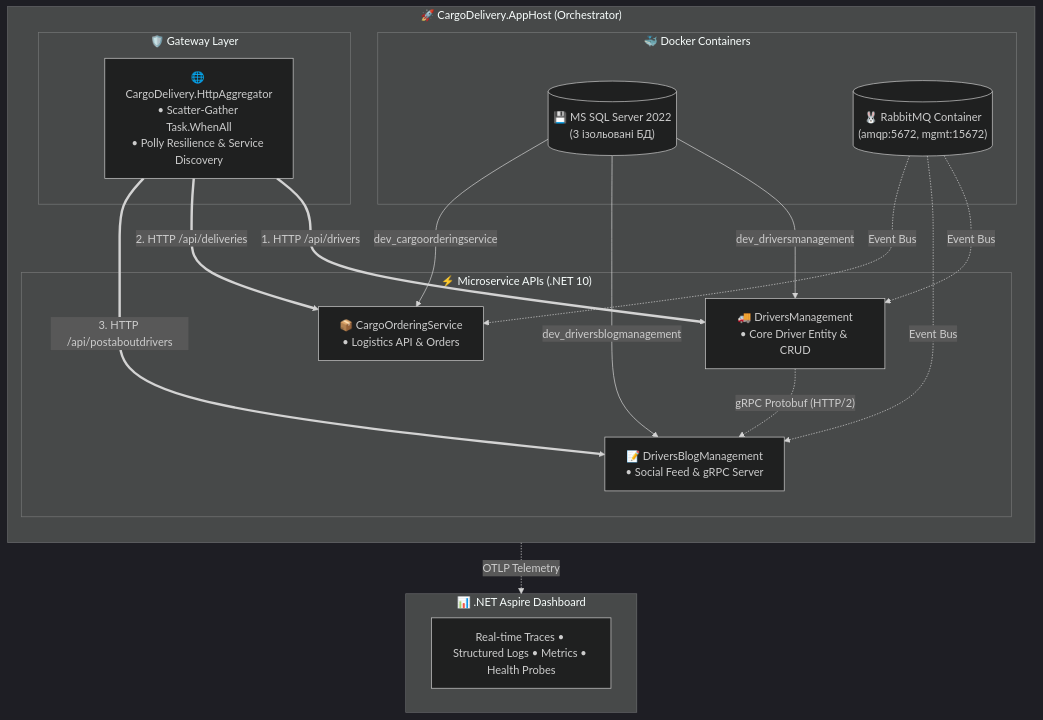
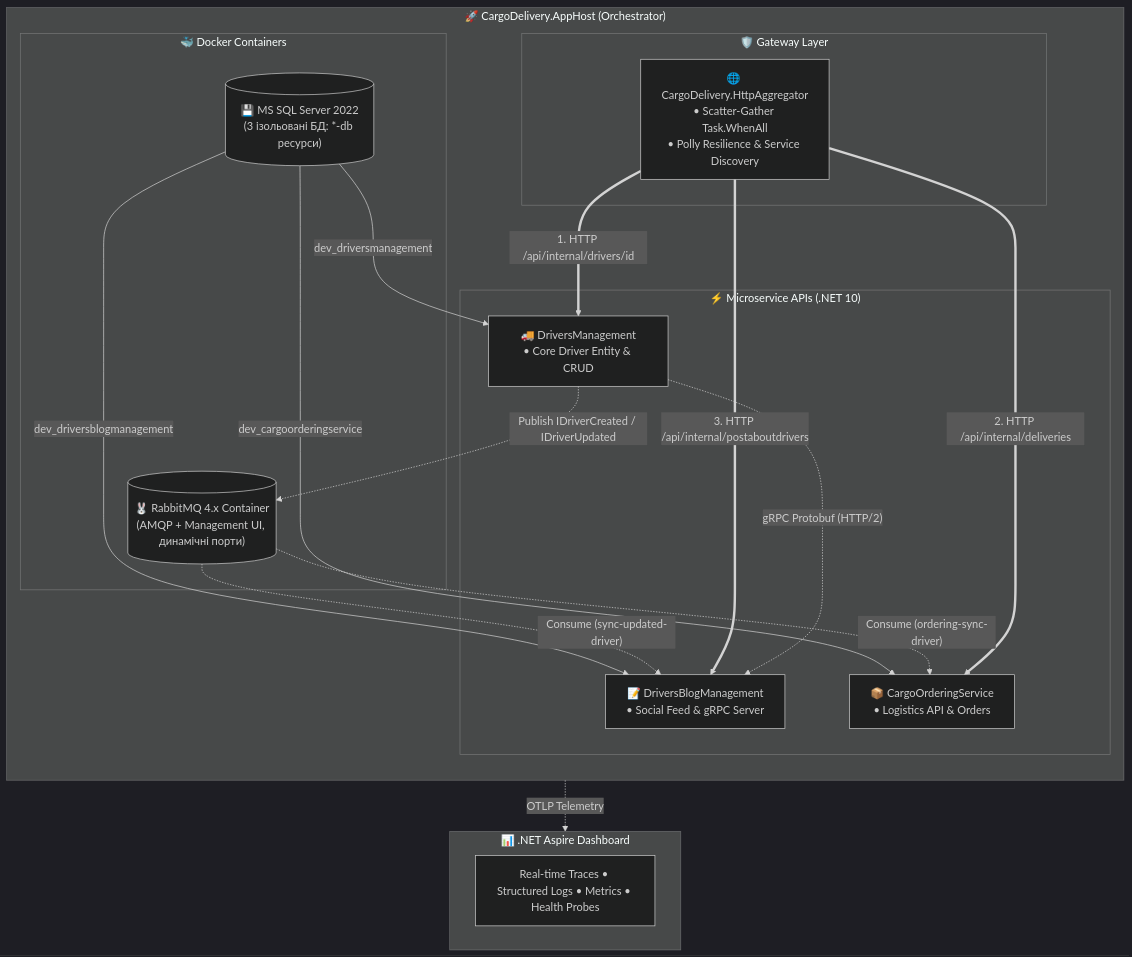
Before and after one commit to MrTomkaYurii/Demo-CargoDeliveryService: the diagram in 02-Microservices-Craftsman/02-01-Aspire-Documentation/README.md, drawn with Mermaid (dark theme). The commit also changed other lines of this file and 227 other files, not shown here.

````diff
--- a/02-Microservices-Craftsman/02-01-Aspire-Documentation/README.md
+++ b/02-Microservices-Craftsman/02-01-Aspire-Documentation/README.md
@@ -25,39 +29,41 @@
 ```mermaid
 flowchart TB
     subgraph Dashboard ["📊 .NET Aspire Dashboard"]
         D_UI["Real-time Traces • Structured Logs • Metrics • Health Probes"]
     end
 
     subgraph AppHost ["🚀 CargoDelivery.AppHost (Orchestrator)"]
         direction TB
 
         subgraph Infra ["🐳 Docker Containers"]
-            RMQ[("🐰 RabbitMQ Container<br/>(amqp:5672, mgmt:15672)")]
-            SQL[("💾 MS SQL Server 2022<br/>(3 ізольовані БД)")]
+            RMQ[("🐰 RabbitMQ 4.x Container<br/>(AMQP + Management UI, динамічні порти)")]
+            SQL[("💾 MS SQL Server 2022<br/>(3 ізольовані БД: *-db ресурси)")]
         end
         
         subgraph Services ["⚡ Microservice APIs (.NET 10)"]
             DM["🚚 DriversManagement<br/>• Core Driver Entity & CRUD"]
             DB["📝 DriversBlogManagement<br/>• Social Feed & gRPC Server"]
             CO["📦 CargoOrderingService<br/>• Logistics API & Orders"]
         end
 
         subgraph Gateway ["🛡️ Gateway Layer"]
             AGG["🌐 CargoDelivery.HttpAggregator<br/>• Scatter-Gather Task.WhenAll<br/>• Polly Resilience & Service Discovery"]
         end
 
         SQL -->|dev_driversmanagement| DM
         SQL -->|dev_driversblogmanagement| DB
         SQL -->|dev_cargoorderingservice| CO
 
-        RMQ -.->|Event Bus| DM & DB & CO
+        DM -.->|"Publish IDriverCreated / IDriverUpdated"| RMQ
+        RMQ -.->|"Consume (sync-updated-driver)"| DB
+        RMQ -.->|"Consume (ordering-sync-driver)"| CO
 
-        AGG ==>|1. HTTP /api/drivers| DM
-        AGG ==>|2. HTTP /api/deliveries| CO
-        AGG ==>|3. HTTP /api/postaboutdrivers| DB
+        AGG ==>|1. HTTP /api/internal/drivers/id| DM
+        AGG ==>|2. HTTP /api/internal/deliveries| CO
+        AGG ==>|3. HTTP /api/internal/postaboutdrivers| DB
 
         DM -.->|"gRPC Protobuf (HTTP/2)"| DB
     end
 
     AppHost -.->|OTLP Telemetry| Dashboard
 ```
````
